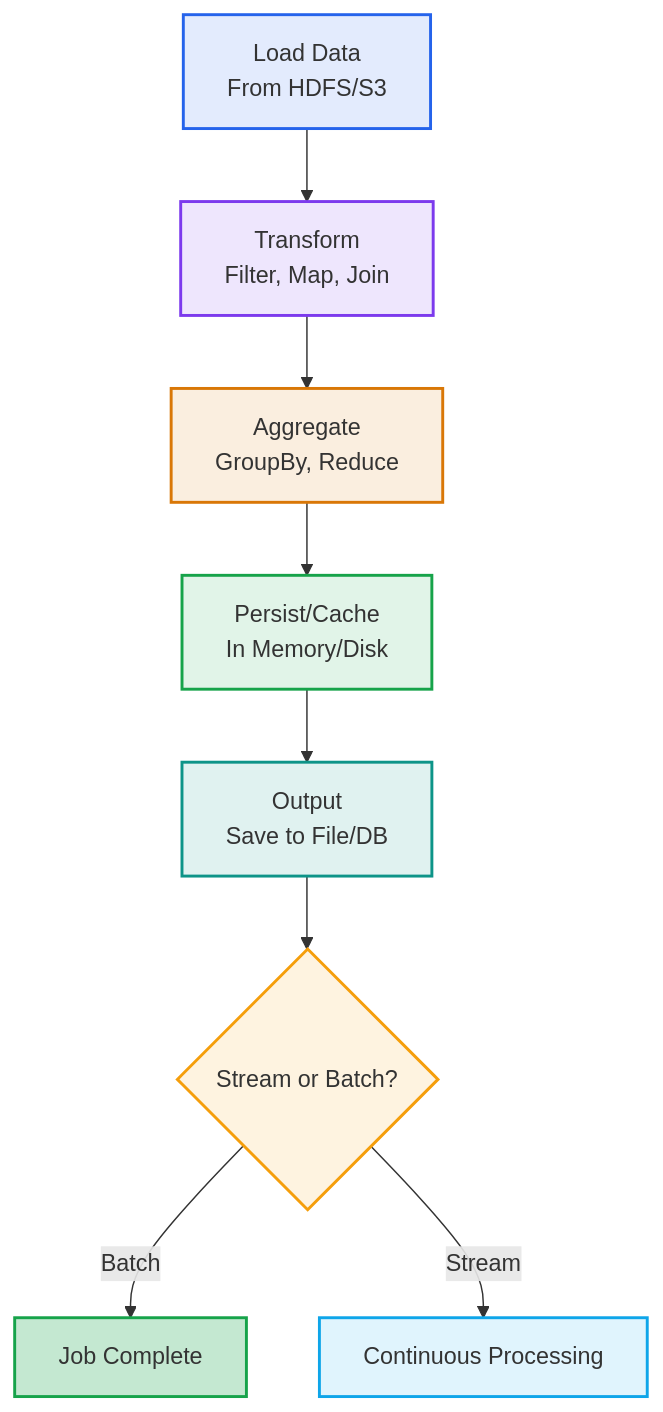
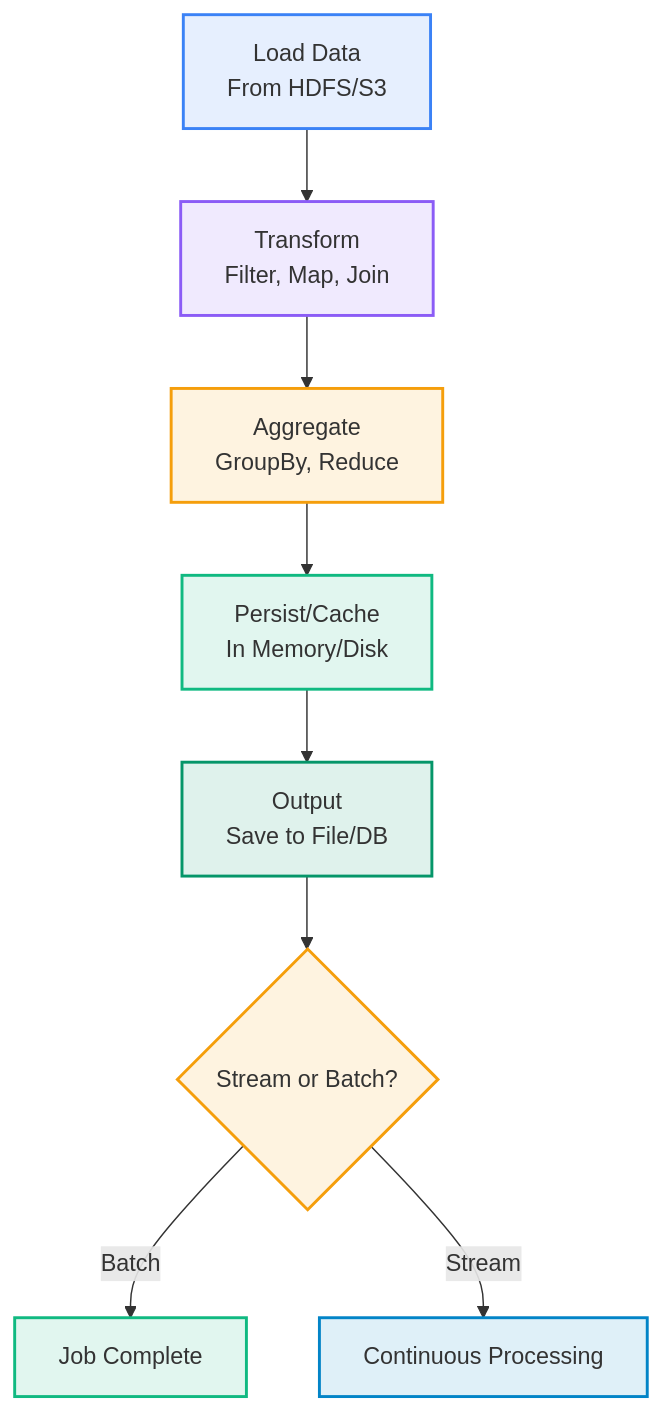
The third of 5 diagrams in 302.1-data-computation/spark.md (MadeInShineA/hei-course-summaries), drawn with Mermaid before and after one commit. The commit also changed other lines of this file and 2 other files, not shown here.

Commit message:
Updated mermaid graphs colors

````diff
--- a/302.1-data-computation/spark.md
+++ b/302.1-data-computation/spark.md
@@ -174,19 +174,19 @@
 ```mermaid
 flowchart TD
     A[Load Data<br/>From HDFS/S3] --> B[Transform<br/>Filter, Map, Join]
     B --> C[Aggregate<br/>GroupBy, Reduce]
     C --> D[Persist/Cache<br/>In Memory/Disk]
     D --> E[Output<br/>Save to File/DB]
     E --> F{Stream or Batch?}
     F -->|Batch| G[Job Complete]
     F -->|Stream| H[Continuous Processing]
     
-    style A fill:#2563eb20,stroke:#2563eb,stroke-width:2px
-    style B fill:#7c3aed20,stroke:#7c3aed,stroke-width:2px
-    style C fill:#d9770620,stroke:#d97706,stroke-width:2px
-    style D fill:#16a34a20,stroke:#16a34a,stroke-width:2px
-    style E fill:#0d948820,stroke:#0d9488,stroke-width:2px
+    style A fill:#3b82f620,stroke:#3b82f6,stroke-width:2px
+    style B fill:#8b5cf620,stroke:#8b5cf6,stroke-width:2px
+    style C fill:#f59e0b20,stroke:#f59e0b,stroke-width:2px
+    style D fill:#10b98120,stroke:#10b981,stroke-width:2px
+    style E fill:#05966920,stroke:#059669,stroke-width:2px
     style F fill:#f59e0b20,stroke:#f59e0b,stroke-width:2px
-    style G fill:#16a34a40,stroke:#16a34a,stroke-width:2px
-    style H fill:#0ea5e920,stroke:#0ea5e9,stroke-width:2px
+    style G fill:#10b98120,stroke:#10b981,stroke-width:2px
+    style H fill:#0284c720,stroke:#0284c7,stroke-width:2px
 ```
````
